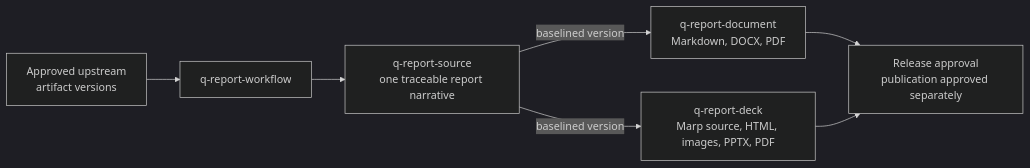
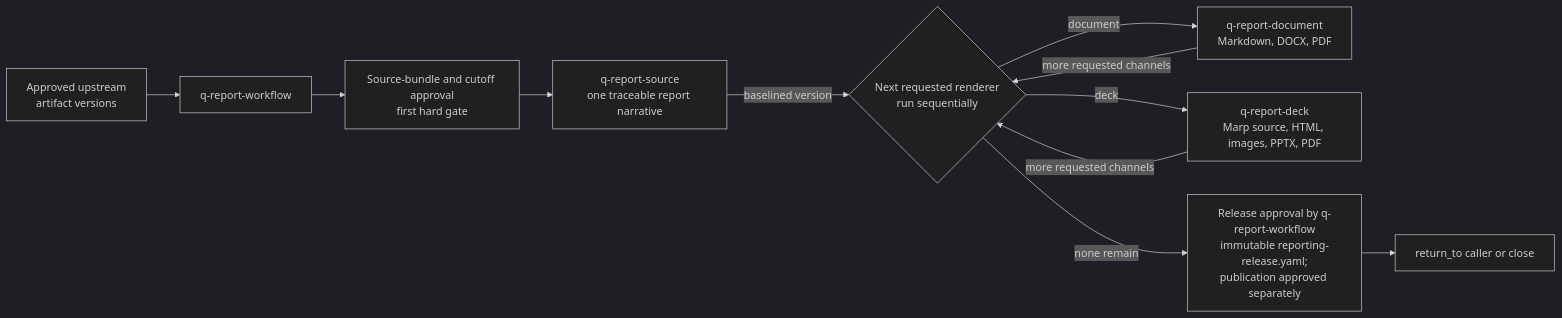
Before and after one commit to flaviogragnolati/ai-workflow: the diagram in skills/report/README.md, drawn with Mermaid (dark theme). The commit also changed other lines of this file and 21 other files, not shown here.

````diff
--- a/skills/report/README.md
+++ b/skills/report/README.md
@@ -9,9 +9,13 @@
 ```mermaid
 flowchart LR
     SRC["Approved upstream<br/>artifact versions"] --> W["q-report-workflow"]
-    W --> S["q-report-source<br/>one traceable report narrative"]
-    S -->|"baselined version"| D["q-report-document<br/>Markdown, DOCX, PDF"]
-    S -->|"baselined version"| K["q-report-deck<br/>Marp source, HTML, images, PPTX, PDF"]
-    D --> REL["Release approval<br/>publication approved separately"]
-    K --> REL
+    W --> B["Source-bundle and cutoff approval<br/>first hard gate"]
+    B --> S["q-report-source<br/>one traceable report narrative"]
+    S -->|"baselined version"| Q{"Next requested renderer<br/>run sequentially"}
+    Q -->|"document"| D["q-report-document<br/>Markdown, DOCX, PDF"]
+    Q -->|"deck"| K["q-report-deck<br/>Marp source, HTML, images, PPTX, PDF"]
+    D -->|"more requested channels"| Q
+    K -->|"more requested channels"| Q
+    Q -->|"none remain"| REL["Release approval by q-report-workflow<br/>immutable reporting-release.yaml;<br/>publication approved separately"]
+    REL --> X["return_to caller or close"]
 ```
````
